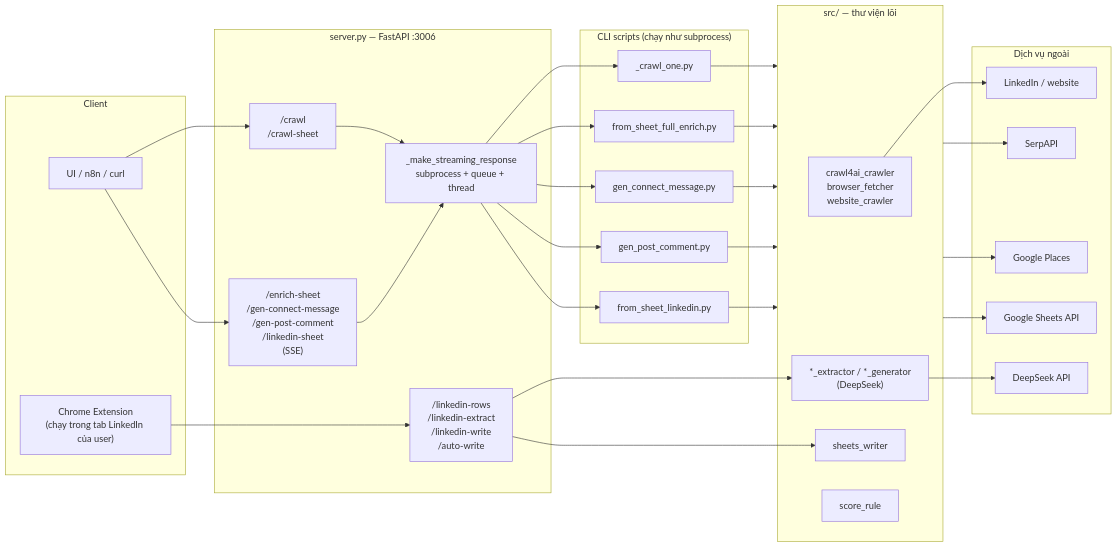
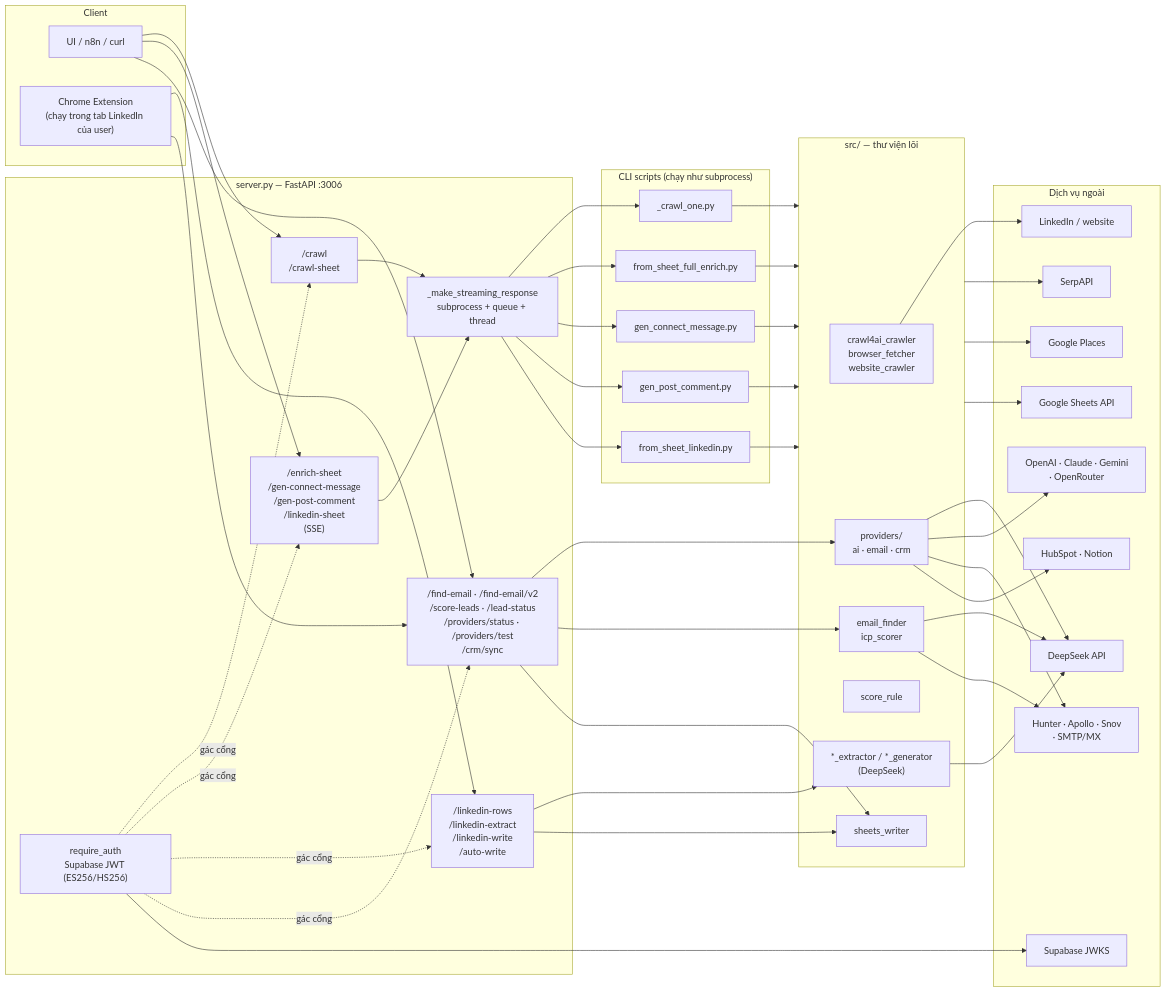
The second of 7 diagrams in SPECS.md (hiepnguyen2000hn/py-linked-crawl), drawn with Mermaid before and after one commit. The commit also changed other lines of this file and 1 other file, not shown here.

````diff
--- a/SPECS.md
+++ b/SPECS.md
@@ -140,47 +167,60 @@
 ```mermaid
 flowchart LR
     subgraph CLIENT["Client"]
         UI["UI / n8n / curl"]
         EXT["Chrome Extension<br/>(chạy trong tab LinkedIn của user)"]
     end
 
     subgraph SERVER["server.py — FastAPI :3006"]
         EP1["/crawl<br/>/crawl-sheet"]
         EP2["/enrich-sheet<br/>/gen-connect-message<br/>/gen-post-comment<br/>/linkedin-sheet<br/>(SSE)"]
         EP3["/linkedin-rows<br/>/linkedin-extract<br/>/linkedin-write<br/>/auto-write"]
+        EP4["/find-email · /find-email/v2<br/>/score-leads · /lead-status<br/>/providers/status · /providers/test<br/>/crm/sync"]
+        AUTH["require_auth<br/>Supabase JWT (ES256/HS256)"]
         SUB["_make_streaming_response<br/>subprocess + queue + thread"]
     end
 
     subgraph SCRIPTS["CLI scripts (chạy như subprocess)"]
         S1["from_sheet_full_enrich.py"]
         S2["gen_connect_message.py"]
         S3["gen_post_comment.py"]
         S4["from_sheet_linkedin.py"]
         S5["_crawl_one.py"]
     end
 
     subgraph LIB["src/ — thư viện lõi"]
         L1["crawl4ai_crawler<br/>browser_fetcher<br/>website_crawler"]
         L2["*_extractor / *_generator<br/>(DeepSeek)"]
         L3["sheets_writer"]
         L4["score_rule"]
+        L5["providers/<br/>ai · email · crm"]
+        L6["email_finder<br/>icp_scorer"]
     end
 
     subgraph EXTSVC["Dịch vụ ngoài"]
         X1["DeepSeek API"]
         X2["SerpAPI"]
         X3["Google Places"]
         X4["Google Sheets API"]
         X5["LinkedIn / website"]
+        X6["OpenAI · Claude · Gemini<br/>· OpenRouter"]
+        X7["Hunter · Apollo · Snov<br/>· SMTP/MX"]
+        X8["HubSpot · Notion"]
+        X9["Supabase JWKS"]
     end
 
-    UI --> EP1 & EP2
-    EXT --> EP3
+    UI --> EP1 & EP2 & EP4
+    EXT --> EP3 & EP4
+    AUTH -.gác cổng.-> EP1 & EP2 & EP3 & EP4
+    AUTH --> X9
     EP1 --> SUB --> S5
     EP2 --> SUB --> S1 & S2 & S3 & S4
     EP3 --> L2 & L3
+    EP4 --> L5 & L6 & L3
     S1 & S2 & S3 & S4 & S5 --> LIB
     L1 --> X5
     L2 --> X1
+    L5 --> X1 & X6 & X7 & X8
+    L6 --> X1 & X7
     LIB --> X2 & X3 & X4
 ```
````
